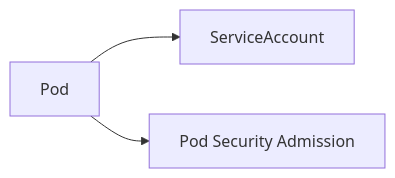
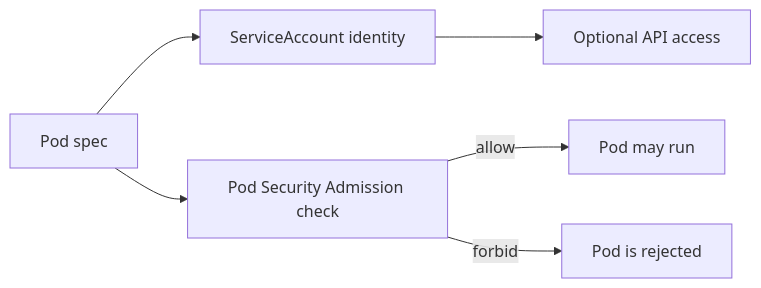
The diagram in days/day5/labs/L5.1-identity-and-pod-security/README.md (kumbulanit/kubernetescompr), drawn with Mermaid before and after one commit. The commit also changed other lines of this file and 26 other files, not shown here.

````diff
--- a/days/day5/labs/L5.1-identity-and-pod-security/README.md
+++ b/days/day5/labs/L5.1-identity-and-pod-security/README.md
@@ -12,5 +16,8 @@
 ```mermaid
 flowchart LR
-  Pod[Pod] --> SA[ServiceAccount]
-  Pod --> PSA[Pod Security Admission]
+  Pod[Pod spec] --> SA[ServiceAccount identity]
+  Pod --> PSA[Pod Security Admission check]
+  SA --> API[Optional API access]
+  PSA -->|allow| Run[Pod may run]
+  PSA -->|forbid| Reject[Pod is rejected]
 ```
````
